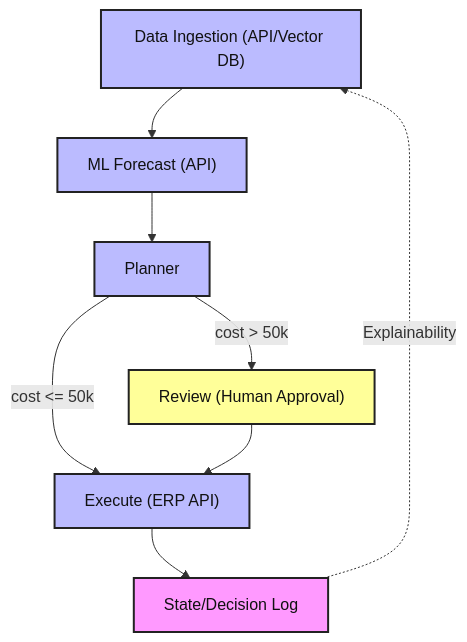
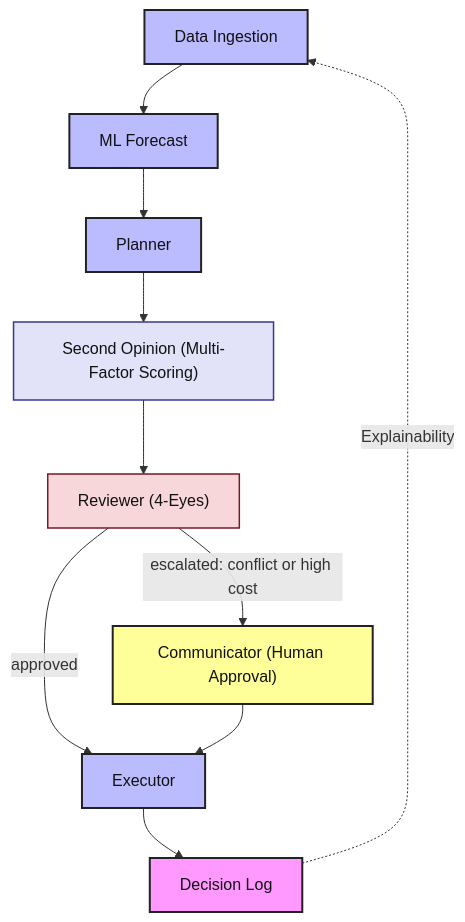
One commit to AgnesYYQ/supply-chain-reorder changed the third of 3 diagrams in README.md. Above: the diagram before and after it, drawn with Mermaid. The commit also changed other lines of this file and 4 other files, not shown here.

Commit message:
Add 2nd Opinion and 4-Eyes Principal

````diff
--- a/README.md
+++ b/README.md
@@ -259,16 +102,20 @@
 ```mermaid
 flowchart TD
-	A["Data Ingestion (API/Vector DB)"] --> B["ML Forecast (API)"]
+	A["Data Ingestion"] --> B["ML Forecast"]
 	B --> C["Planner"]
-	C -->|cost > 50k| D["Review (Human Approval)"]
-	C -->|cost <= 50k| E["Execute (ERP API)"]
-	D --> E
-	E --> F["State/Decision Log"]
-	F -.->|Explainability| A
-	style F fill:#f9f,stroke:#222,stroke-width:2px,color:#111
-	style D fill:#ff9,stroke:#222,stroke-width:2px,color:#111
+	C --> D["Second Opinion (Multi-Factor Scoring)"]
+	D --> E["Reviewer (4-Eyes)"]
+	E -->|approved| F["Executor"]
+	E -->|escalated: conflict or high cost| G["Communicator (Human Approval)"]
+	G --> F
+	F --> H["Decision Log"]
+	H -.->|Explainability| A
+	style H fill:#f9f,stroke:#222,stroke-width:2px,color:#111
+	style G fill:#ff9,stroke:#222,stroke-width:2px,color:#111
+	style E fill:#f8d7da,stroke:#721c24,stroke-width:1.5px,color:#111
+	style D fill:#e2e3f8,stroke:#373a8a,stroke-width:1.5px,color:#111
 	style A fill:#bbf,stroke:#222,stroke-width:2px,color:#111
 	style B fill:#bbf,stroke:#222,stroke-width:2px,color:#111
 	style C fill:#bbf,stroke:#222,stroke-width:2px,color:#111
-	style E fill:#bbf,stroke:#222,stroke-width:2px,color:#111
+	style F fill:#bbf,stroke:#222,stroke-width:2px,color:#111
 ```
````
